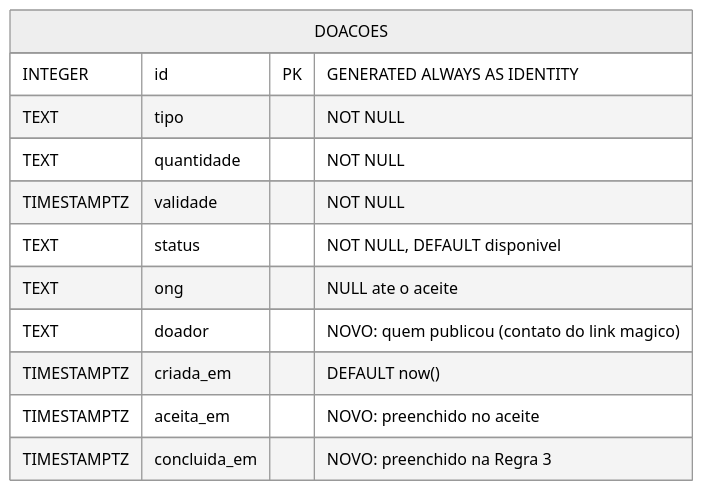
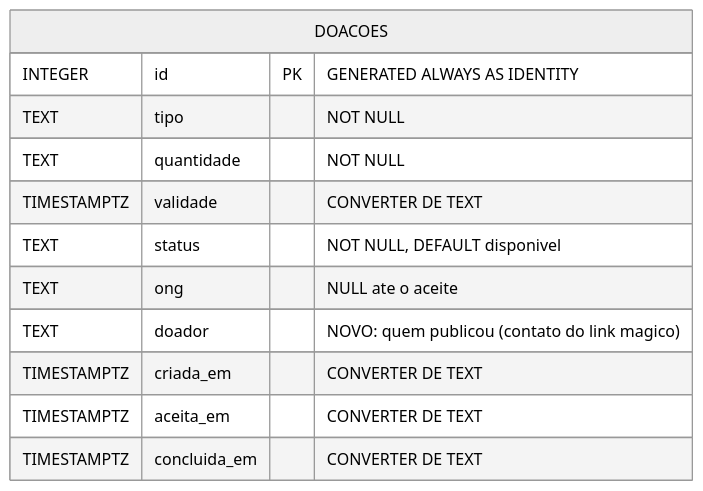
One commit to APD-Agil/g1126-template-prato-cheio changed the third of 3 diagrams in docs/diagramas/dados.md. Above: the diagram before and after it, drawn with Mermaid (neutral theme). The commit also changed other lines of this file and 4 other files, not shown here.

````diff
--- a/docs/diagramas/dados.md
+++ b/docs/diagramas/dados.md
@@ -34,15 +37,15 @@
 ```mermaid
 erDiagram
     DOACOES {
         INTEGER id PK "GENERATED ALWAYS AS IDENTITY"
         TEXT tipo "NOT NULL"
         TEXT quantidade "NOT NULL"
-        TIMESTAMPTZ validade "NOT NULL"
+        TIMESTAMPTZ validade "CONVERTER DE TEXT"
         TEXT status "NOT NULL, DEFAULT disponivel"
         TEXT ong "NULL ate o aceite"
         TEXT doador "NOVO: quem publicou (contato do link magico)"
-        TIMESTAMPTZ criada_em "DEFAULT now()"
-        TIMESTAMPTZ aceita_em "NOVO: preenchido no aceite"
-        TIMESTAMPTZ concluida_em "NOVO: preenchido na Regra 3"
+        TIMESTAMPTZ criada_em "CONVERTER DE TEXT"
+        TIMESTAMPTZ aceita_em "CONVERTER DE TEXT"
+        TIMESTAMPTZ concluida_em "CONVERTER DE TEXT"
     }
 ```
````
